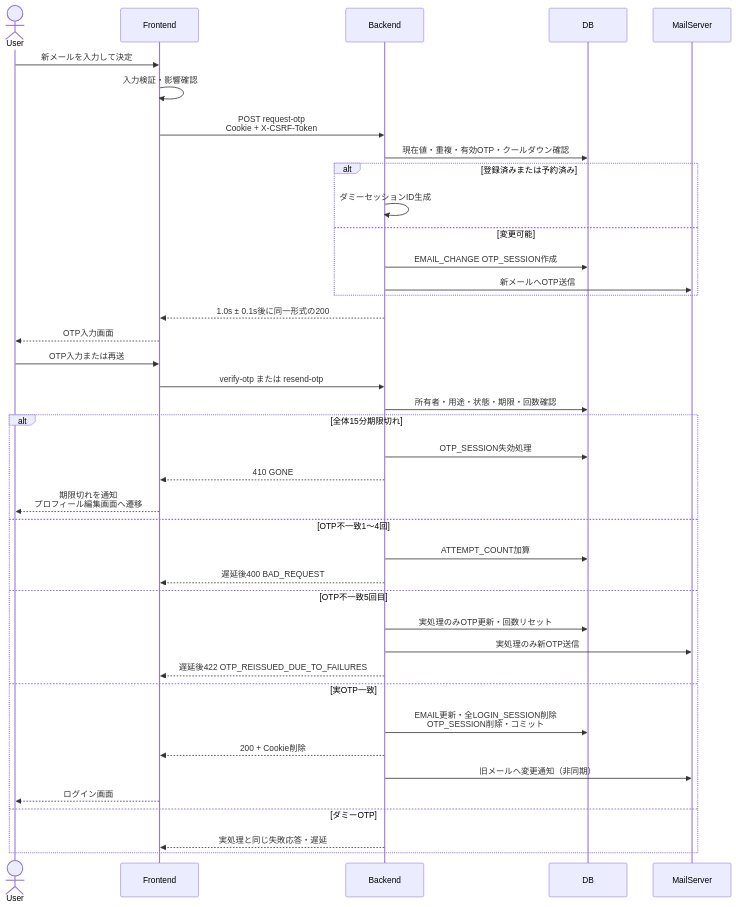
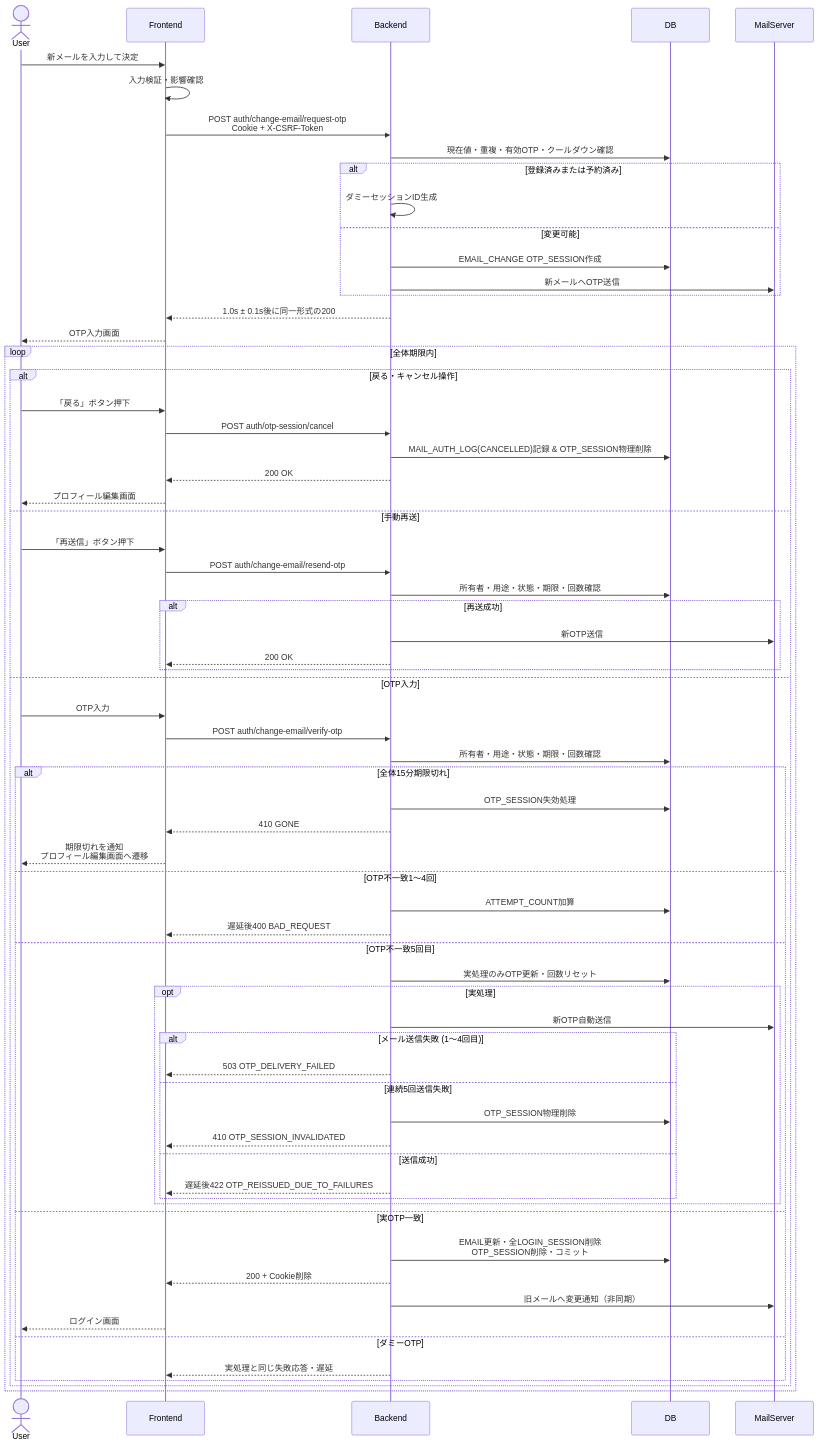
One commit to TUS-TI-dev-team/SyncTask changed the third of 3 diagrams in docs/design/process_design/02_account_edit.md. Above: the diagram before and after it, drawn with Mermaid. The commit also changed other lines of this file and 60 other files, not shown here.

````diff
--- a/docs/design/process_design/02_account_edit.md
+++ b/docs/design/process_design/02_account_edit.md
@@ -101,42 +152,69 @@
 ```mermaid
 sequenceDiagram
     actor User
     participant Frontend
     participant Backend
     participant DB
     participant MailServer
     User->>Frontend: 新メールを入力して決定
     Frontend->>Frontend: 入力検証・影響確認
-    Frontend->>Backend: POST request-otp<br/>Cookie + X-CSRF-Token
+    Frontend->>Backend: POST auth/change-email/request-otp<br/>Cookie + X-CSRF-Token
     Backend->>DB: 現在値・重複・有効OTP・クールダウン確認
     alt 登録済みまたは予約済み
         Backend->>Backend: ダミーセッションID生成
     else 変更可能
         Backend->>DB: EMAIL_CHANGE OTP_SESSION作成
         Backend->>MailServer: 新メールへOTP送信
     end
     Backend-->>Frontend: 1.0s ± 0.1s後に同一形式の200
     Frontend-->>User: OTP入力画面
-    User->>Frontend: OTP入力または再送
-    Frontend->>Backend: verify-otp または resend-otp
-    Backend->>DB: 所有者・用途・状態・期限・回数確認
-    alt 全体15分期限切れ
-        Backend->>DB: OTP_SESSION失効処理
-        Backend-->>Frontend: 410 GONE
-        Frontend-->>User: 期限切れを通知<br/>プロフィール編集画面へ遷移
-    else OTP不一致1〜4回
-        Backend->>DB: ATTEMPT_COUNT加算
-        Backend-->>Frontend: 遅延後400 BAD_REQUEST
-    else OTP不一致5回目
-        Backend->>DB: 実処理のみOTP更新・回数リセット
-        Backend->>MailServer: 実処理のみ新OTP送信
-        Backend-->>Frontend: 遅延後422 OTP_REISSUED_DUE_TO_FAILURES
-    else 実OTP一致
-        Backend->>DB: EMAIL更新・全LOGIN_SESSION削除<br/>OTP_SESSION削除・コミット
-        Backend-->>Frontend: 200 + Cookie削除
-        Backend->>MailServer: 旧メールへ変更通知（非同期）
-        Frontend-->>User: ログイン画面
-    else ダミーOTP
-        Backend-->>Frontend: 実処理と同じ失敗応答・遅延
+    loop 全体期限内
+        alt 戻る・キャンセル操作
+            User->>Frontend: 「戻る」ボタン押下
+            Frontend->>Backend: POST auth/otp-session/cancel
+            Backend->>DB: MAIL_AUTH_LOG(CANCELLED)記録 & OTP_SESSION物理削除
+            Backend-->>Frontend: 200 OK
+            Frontend-->>User: プロフィール編集画面
+        else 手動再送
+            User->>Frontend: 「再送信」ボタン押下
+            Frontend->>Backend: POST auth/change-email/resend-otp
+            Backend->>DB: 所有者・用途・状態・期限・回数確認
+            alt 再送成功
+                Backend->>MailServer: 新OTP送信
+                Backend-->>Frontend: 200 OK
+            end
+        else OTP入力
+            User->>Frontend: OTP入力
+            Frontend->>Backend: POST auth/change-email/verify-otp
+            Backend->>DB: 所有者・用途・状態・期限・回数確認
+            alt 全体15分期限切れ
+                Backend->>DB: OTP_SESSION失効処理
+                Backend-->>Frontend: 410 GONE
+                Frontend-->>User: 期限切れを通知<br/>プロフィール編集画面へ遷移
+            else OTP不一致1〜4回
+                Backend->>DB: ATTEMPT_COUNT加算
+                Backend-->>Frontend: 遅延後400 BAD_REQUEST
+            else OTP不一致5回目
+                Backend->>DB: 実処理のみOTP更新・回数リセット
+                opt 実処理
+                    Backend->>MailServer: 新OTP自動送信
+                    alt メール送信失敗 (1〜4回目)
+                        Backend-->>Frontend: 503 OTP_DELIVERY_FAILED
+                    else 連続5回送信失敗
+                        Backend->>DB: OTP_SESSION物理削除
+                        Backend-->>Frontend: 410 OTP_SESSION_INVALIDATED
+                    else 送信成功
+                        Backend-->>Frontend: 遅延後422 OTP_REISSUED_DUE_TO_FAILURES
+                    end
+                end
+            else 実OTP一致
+                Backend->>DB: EMAIL更新・全LOGIN_SESSION削除<br/>OTP_SESSION削除・コミット
+                Backend-->>Frontend: 200 + Cookie削除
+                Backend->>MailServer: 旧メールへ変更通知（非同期）
+                Frontend-->>User: ログイン画面
+            else ダミーOTP
+                Backend-->>Frontend: 実処理と同じ失敗応答・遅延
+            end
+        end
     end
 ```
````
